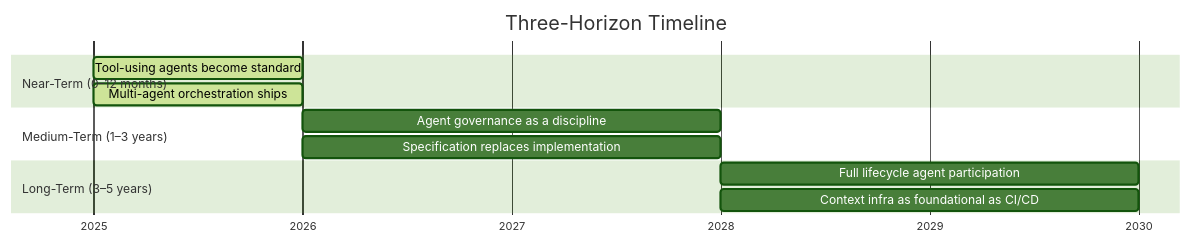
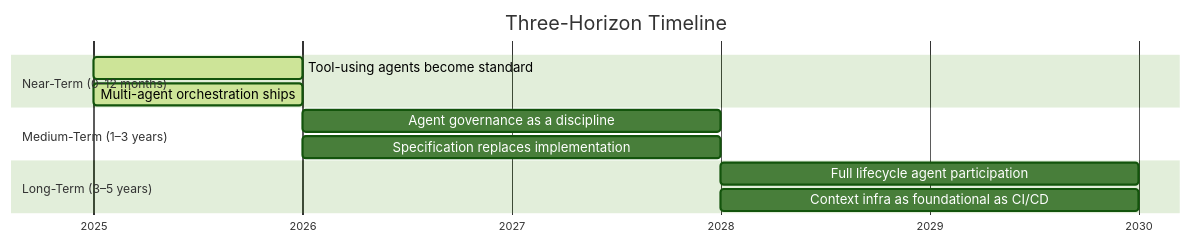
Before and after one commit to danielmeppiel/agentic-sdlc-handbook: the diagram in handbook/ch15-what-comes-next.qmd, drawn with Mermaid (forest theme). The commit also changed 20 other files, not shown here.

First line of the commit message:
feat: add accessibility metadata and consistent theme to all 35 diagrams

````diff
--- a/handbook/ch15-what-comes-next.qmd
+++ b/handbook/ch15-what-comes-next.qmd
@@ -37,19 +37,27 @@
 ```{mermaid}
 %%| fig-width: 4.5
+%%| fig-cap: "Three-horizon technology timeline"
+%%| fig-alt: "Gantt chart showing three technology horizons: Near-Term (0 to 12 months, 2025 to 2026) includes Tool-using agents become standard and Multi-agent orchestration ships, both marked as active; Medium-Term (1 to 3 years, 2026 to 2028) includes Agent governance as a discipline and Specification replaces implementation; Long-Term (3 to 5 years, 2028 to 2030) includes Full lifecycle agent participation and Context infrastructure as foundational as CI/CD."
+%%| label: fig-three-horizons
+---
+config:
+  gantt:
+    fontSize: 12
+---
 gantt
     title Three-Horizon Timeline
     dateFormat YYYY
     axisFormat %Y
 
     section Near-Term (0–12 months)
     Tool-using agents become standard       :active, n1, 2025, 2026
     Multi-agent orchestration ships          :active, n2, 2025, 2026
 
     section Medium-Term (1–3 years)
     Agent governance as a discipline         :m1, 2026, 2028
     Specification replaces implementation    :m2, 2026, 2028
 
     section Long-Term (3–5 years)
     Full lifecycle agent participation       :l1, 2028, 2030
     Context infra as foundational as CI/CD   :l2, 2028, 2030
 ```
````
